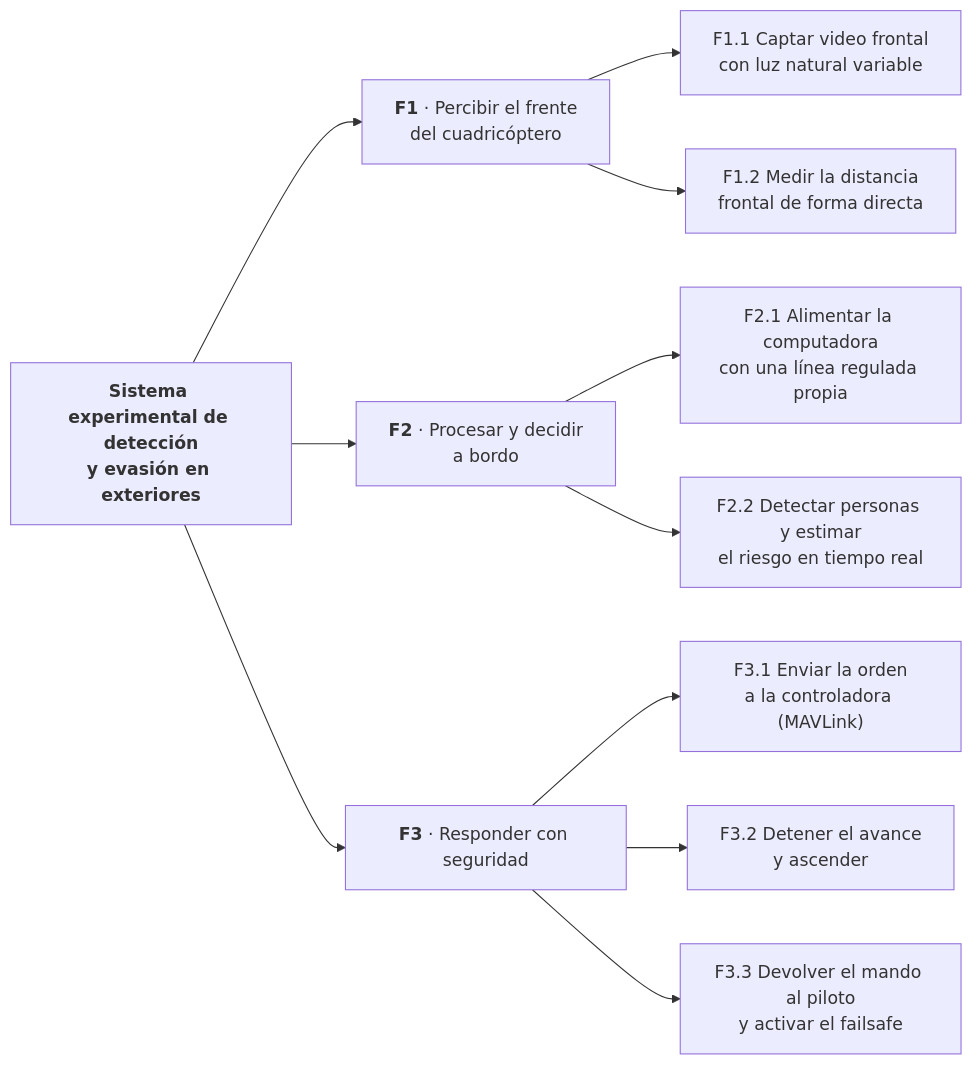
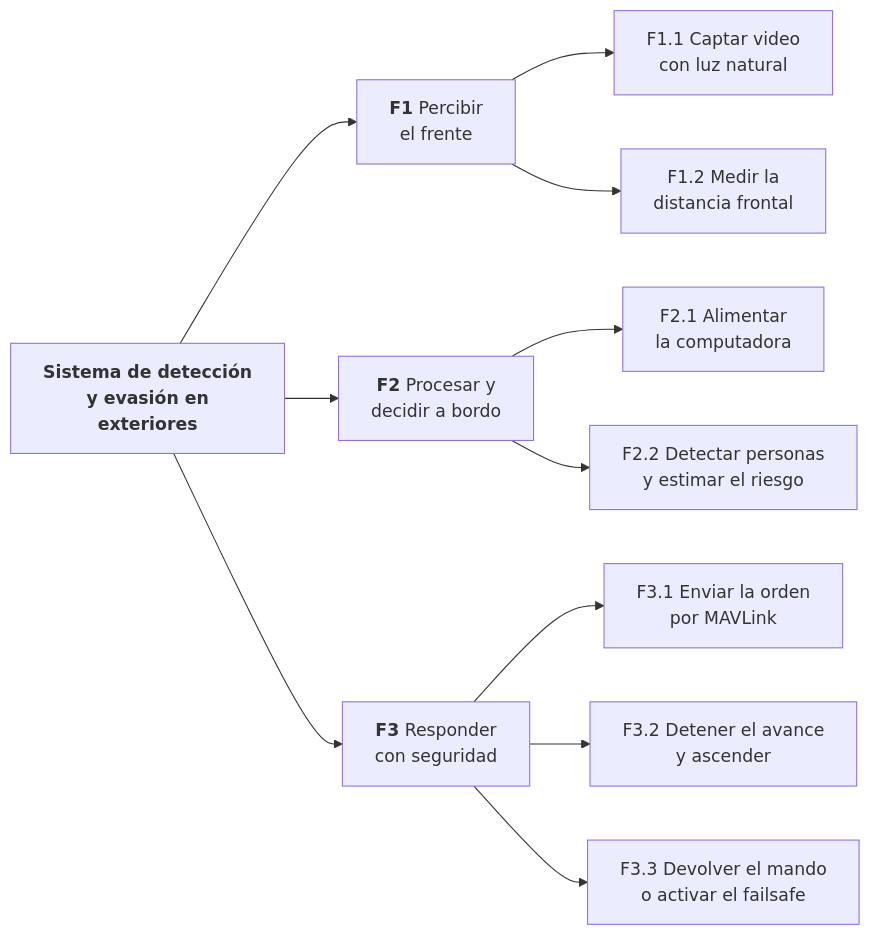
One commit to brahianorrego/Tesis-IA-Drone changed the diagram in docs/documento/diagramas/08_funcional.mmd. Above: the diagram before and after it, drawn with Mermaid. The commit also changed 30 other files, not shown here.

First line of the commit message:
Documento v5: antecedentes completos, tablas con cuadrícula uniforme, diagramas rehechos, preparación de la jornada en 2.3.5

```diff
--- a/docs/documento/diagramas/08_funcional.mmd
+++ b/docs/documento/diagramas/08_funcional.mmd
@@ -1,12 +1,12 @@
 flowchart LR
-    G["<b>Sistema experimental de detección<br/>y evasión en exteriores</b>"]
-    G --> F1["<b>F1</b> · Percibir el frente<br/>del cuadricóptero"]
-    G --> F2["<b>F2</b> · Procesar y decidir<br/>a bordo"]
-    G --> F3["<b>F3</b> · Responder con seguridad"]
-    F1 --> F11["F1.1 Captar video frontal<br/>con luz natural variable"]
-    F1 --> F12["F1.2 Medir la distancia<br/>frontal de forma directa"]
-    F2 --> F21["F2.1 Alimentar la computadora<br/>con una línea regulada propia"]
-    F2 --> F22["F2.2 Detectar personas y estimar<br/>el riesgo en tiempo real"]
-    F3 --> F31["F3.1 Enviar la orden<br/>a la controladora (MAVLink)"]
+    G["<b>Sistema de detección<br/>y evasión en<br/>exteriores</b>"]
+    G --> F1["<b>F1</b> Percibir<br/>el frente"]
+    G --> F2["<b>F2</b> Procesar y<br/>decidir a bordo"]
+    G --> F3["<b>F3</b> Responder<br/>con seguridad"]
+    F1 --> F11["F1.1 Captar video<br/>con luz natural"]
+    F1 --> F12["F1.2 Medir la<br/>distancia frontal"]
+    F2 --> F21["F2.1 Alimentar<br/>la computadora"]
+    F2 --> F22["F2.2 Detectar personas<br/>y estimar el riesgo"]
+    F3 --> F31["F3.1 Enviar la orden<br/>por MAVLink"]
     F3 --> F32["F3.2 Detener el avance<br/>y ascender"]
-    F3 --> F33["F3.3 Devolver el mando al piloto<br/>y activar el failsafe"]
+    F3 --> F33["F3.3 Devolver el mando<br/>o activar el failsafe"]
```
